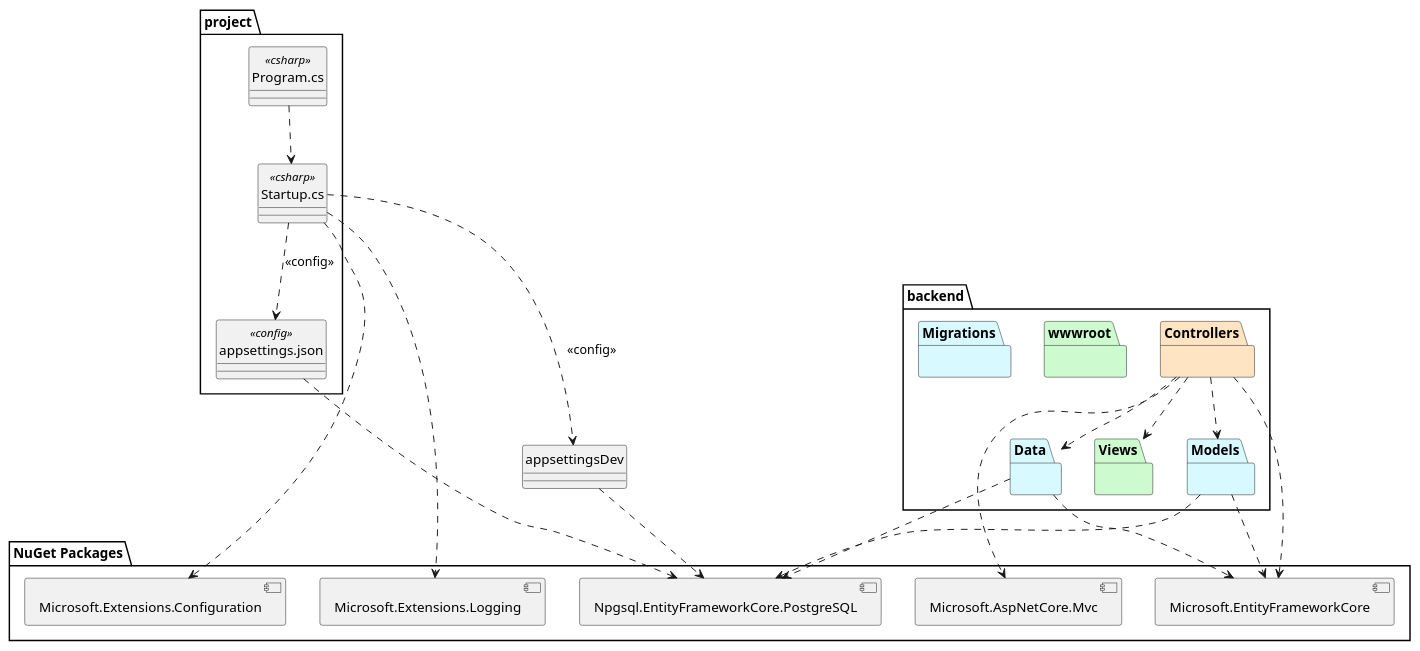
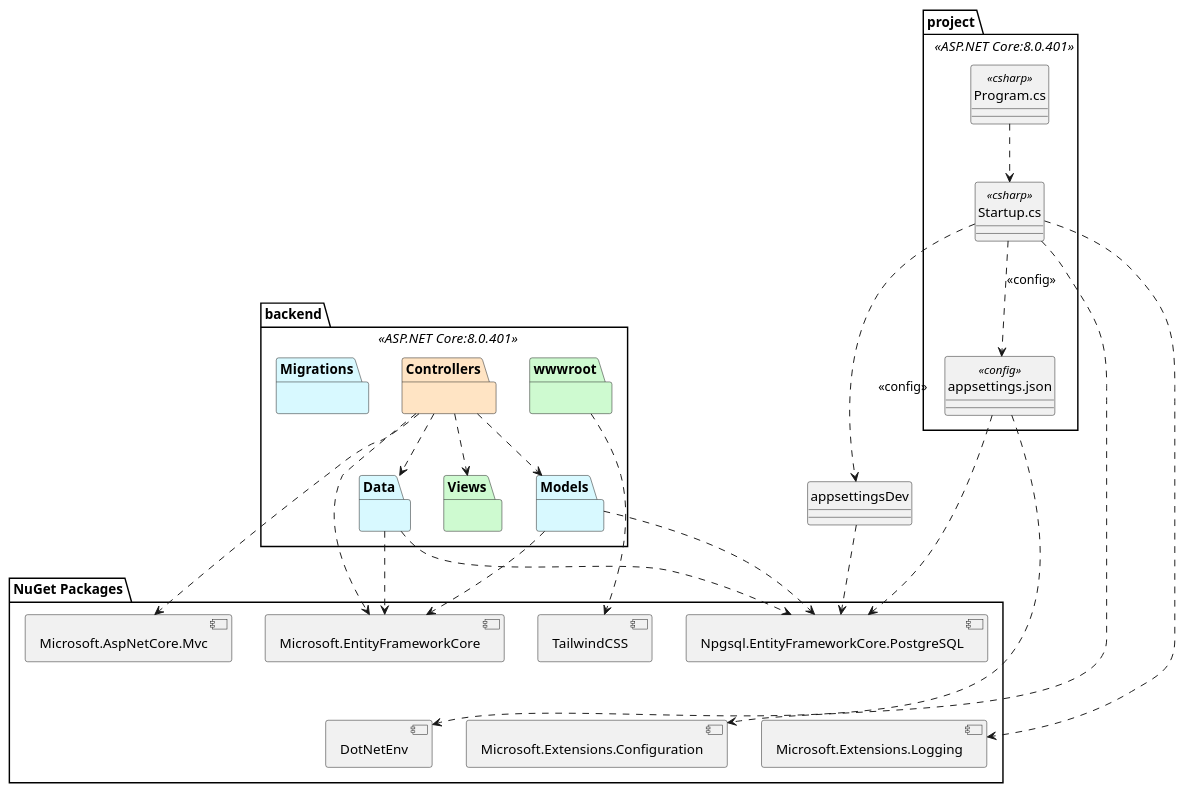
One commit to mpaulaherrero/tesis-frameworks-backend-diagrams changed the diagram in logicalView/designView/ASP.net CORE/packageDesign/designPackageDiagram.plantuml. Above: the diagram before and after it, drawn with PlantUML. The commit also changed 1 other file, not shown here.

Commit message:
feat update ASP.NET Core diagram

```diff
--- a/logicalView/designView/ASP.net CORE/packageDesign/designPackageDiagram.plantuml
+++ b/logicalView/designView/ASP.net CORE/packageDesign/designPackageDiagram.plantuml
@@ -1,63 +1,70 @@
-@startuml
+@startuml Package Diagram for ASP.NET Core
 skinparam style strictuml
 allow_mixing
 
-package "NuGet Packages" as nugetPackages {
-    component "Microsoft.EntityFrameworkCore" as efcore
-    component "Microsoft.AspNetCore.Mvc" as mvc
-    component "Microsoft.Extensions.Configuration" as config
-    component "Microsoft.Extensions.Logging" as logging
-    component "Npgsql.EntityFrameworkCore.PostgreSQL" as npgsql
-}
-
-package project {
+package project <<ASP.NET Core:8.0.401>>{
     class "Program.cs" as program <<csharp>>
     class "Startup.cs" as startup <<csharp>>
     class "appsettings.json" as appsettings <<config>>
 }
 
-package backend {
+package backend <<ASP.NET Core:8.0.401>>{
     package Controllers #bisque {
         ' Controladores
     }
     package Models #d8f9ff {
         ' Modelos
     }
     package Views #cefad0 {
         ' Vistas
     }
     package wwwroot #cefad0 {
         ' Archivos estáticos
     }
     package Data #d8f9ff {
         ' Clases de acceso a datos
     }
     package Migrations #d8f9ff {
         ' Clases de migraciones
     }
 }
 
+package "NuGet Packages" as nugetPackages {
+    component "Microsoft.EntityFrameworkCore" as efcore
+    component "Microsoft.AspNetCore.Mvc" as mvc
+    component "Microsoft.Extensions.Configuration" as config
+    component "Microsoft.Extensions.Logging" as logging
+    component "Npgsql.EntityFrameworkCore.PostgreSQL" as npgsql
+    component "TailwindCSS" as tailwind
+    component "DotNetEnv" as dotnetenv
+}
+
 program .d.> startup
 startup ..> config
 startup ..> logging
 startup .d.> appsettings: <<config>>
 startup .d.> appsettingsDev: <<config>>
 appsettings ..> npgsql
 appsettingsDev ..> npgsql
+wwwroot ..> tailwind 
+appsettings ..> dotnetenv
+dotnetenv -[hidden]u- tailwind
+config -[hidden]u- tailwind
+logging -[hidden]u- tailwind
 
 'diseño
 appsettings -[hidden]d- appsettingsDev
 
 Controllers ..> Models
 Controllers ..> Views
 Controllers ..> Data
 Controllers ..> efcore
 Controllers ..> mvc
 
 Models ..> efcore
 Models ..> npgsql
 
 Data ..> efcore
 Data ..> npgsql
 
 @enduml
```
